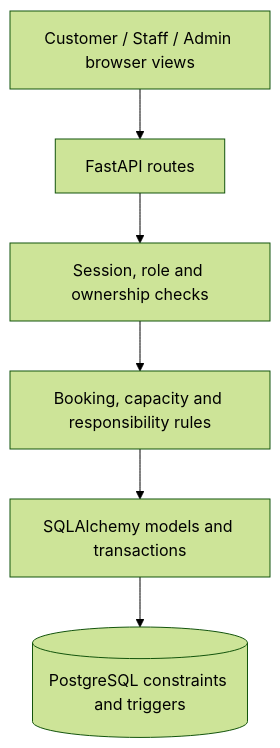
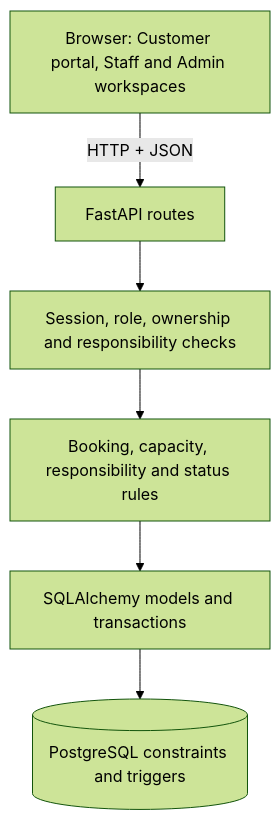
The diagram in docs/architecture/README.md (AhmdSahilNr/PetOps), drawn with Mermaid (forest theme) before and after one commit. The commit also changed other lines of this file and 166 other files, not shown here.

````diff
--- a/docs/architecture/README.md
+++ b/docs/architecture/README.md
@@ -5,8 +5,8 @@
 ```mermaid
 flowchart TD
-    UI[Customer / Staff / Admin browser views] --> API[FastAPI routes]
-    API --> Auth[Session, role and ownership checks]
-    Auth --> Rules[Booking, capacity and responsibility rules]
+    UI["Browser: Customer portal, Staff and Admin workspaces"] -->|HTTP + JSON| API[FastAPI routes]
+    API --> Auth[Session, role, ownership and responsibility checks]
+    Auth --> Rules[Booking, capacity, responsibility and status rules]
     Rules --> ORM[SQLAlchemy models and transactions]
     ORM --> PG[(PostgreSQL constraints and triggers)]
 ```
````
